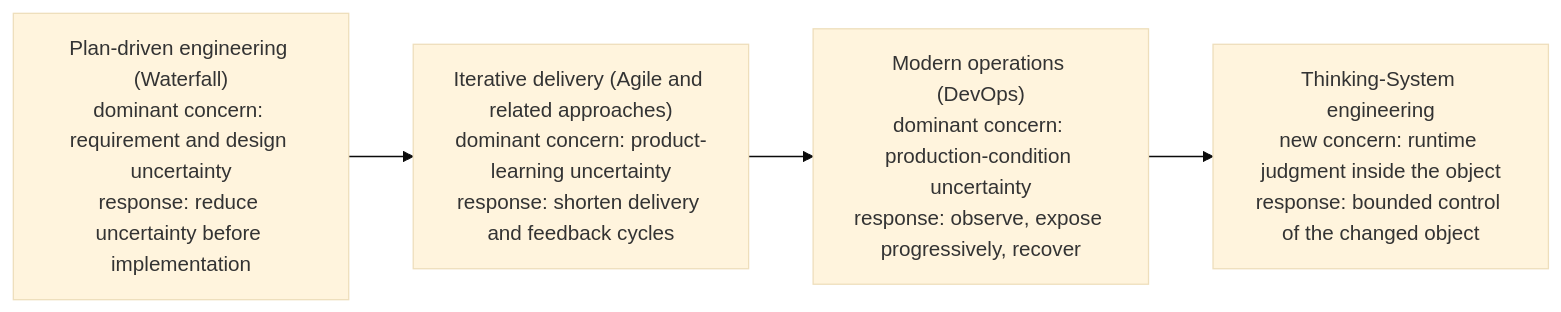
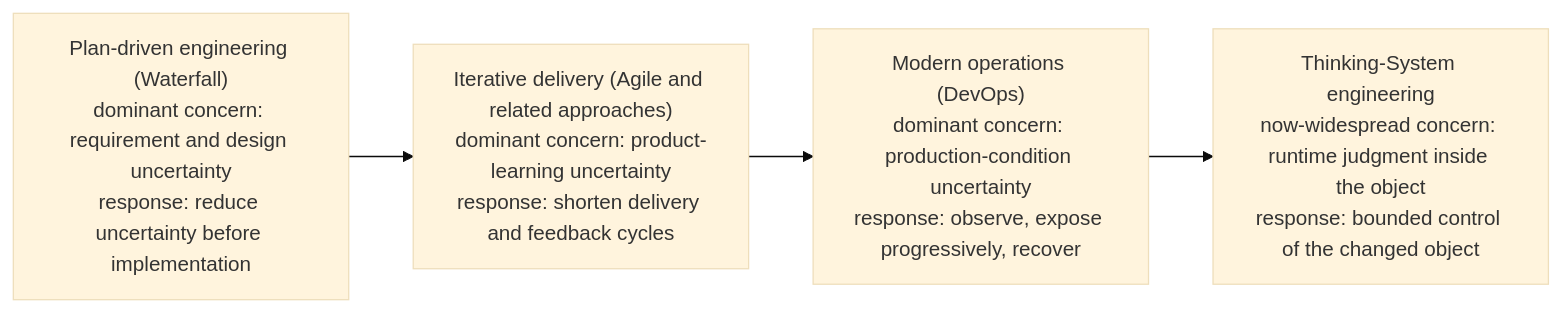
One commit to UncertaintyArchitectureGroup/uncertainty-architecture changed the first of 8 diagrams in content/research/notes/thinking-systems-publication-draft.md. Above: the diagram before and after it, drawn with Mermaid (base theme). The commit also changed other lines of this file and 10 other files, not shown here.

````diff
--- a/content/research/notes/thinking-systems-publication-draft.md
+++ b/content/research/notes/thinking-systems-publication-draft.md
@@ -80,9 +81,9 @@
 ```mermaid
 flowchart LR
     W["Plan-driven engineering (Waterfall)<br/>dominant concern: requirement and design uncertainty<br/>response: reduce uncertainty before implementation"]
     A["Iterative delivery (Agile and related approaches)<br/>dominant concern: product-learning uncertainty<br/>response: shorten delivery and feedback cycles"]
     D["Modern operations (DevOps)<br/>dominant concern: production-condition uncertainty<br/>response: observe, expose progressively, recover"]
-    T["Thinking-System engineering<br/>new concern: runtime judgment inside the object<br/>response: bounded control of the changed object"]
+    T["Thinking-System engineering<br/>now-widespread concern: runtime judgment inside the object<br/>response: bounded control of the changed object"]
 
     W --> A --> D --> T
 ```
````
